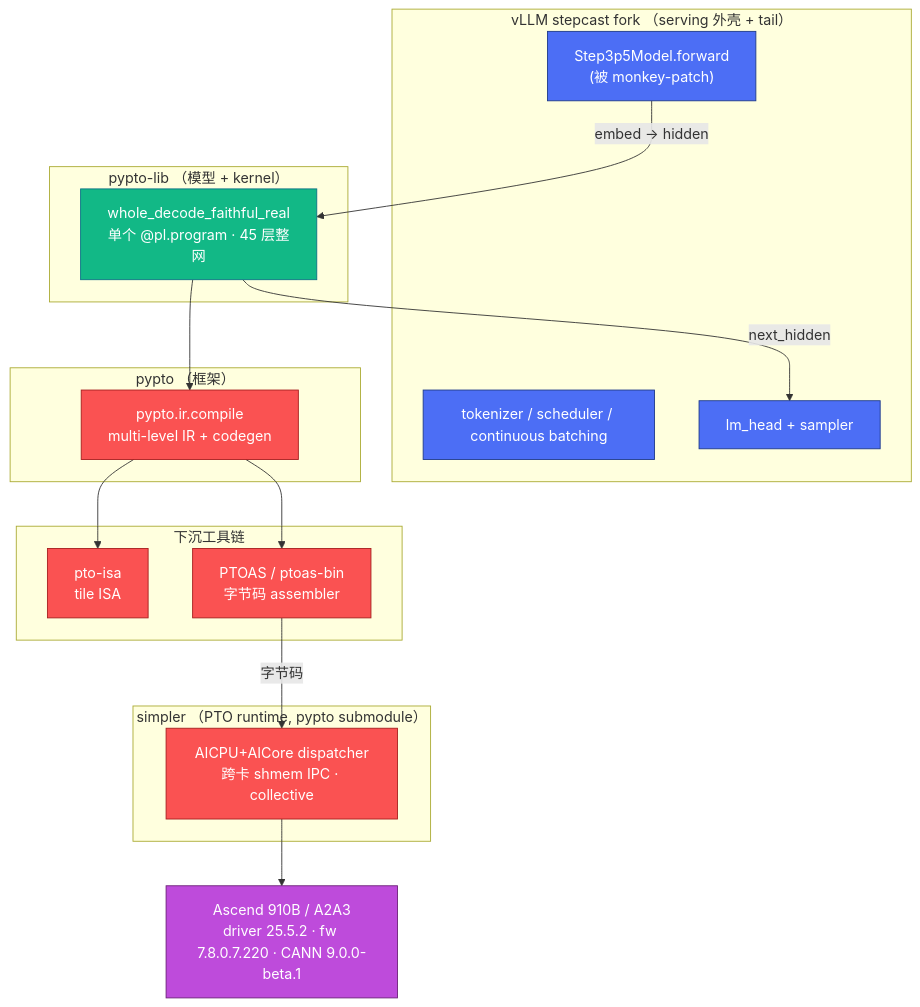
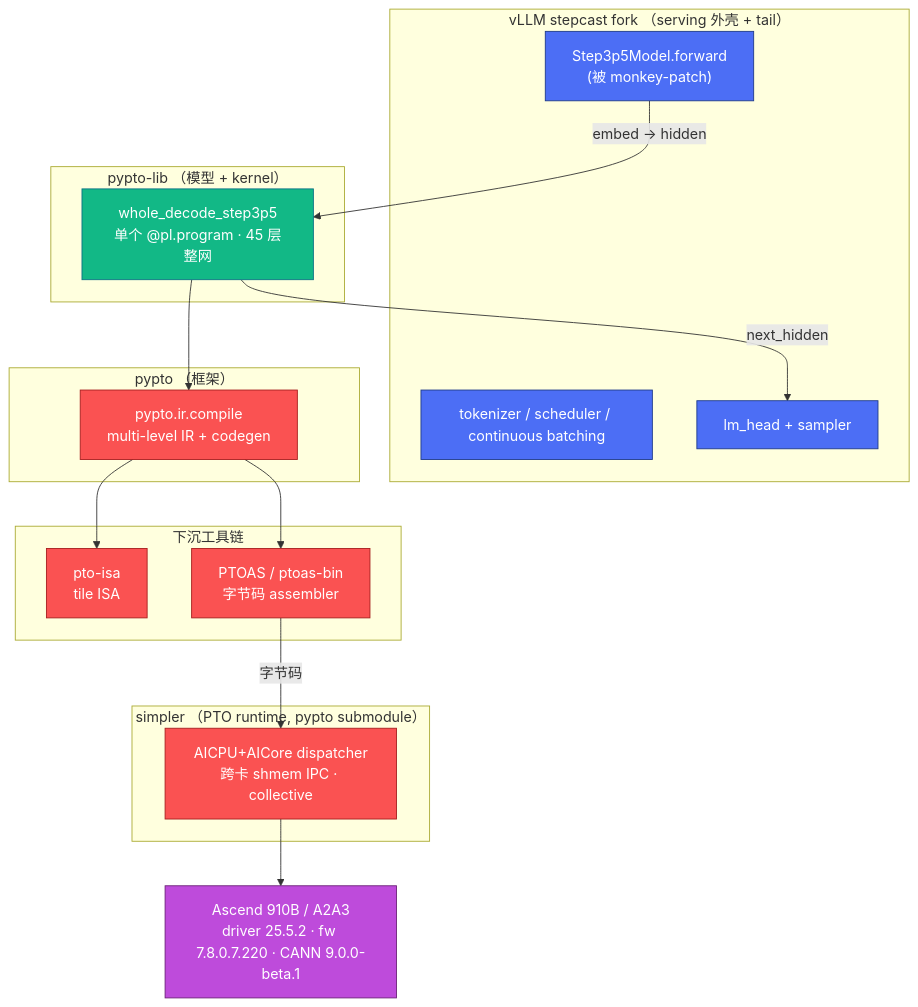
One commit to csy0225/pypto-project changed the diagram in design/00-context-and-goals.md. Above: the diagram before and after it, drawn with Mermaid. The commit also changed other lines of this file and 19 other files, not shown here.

````diff
--- a/design/00-context-and-goals.md
+++ b/design/00-context-and-goals.md
@@ -28,41 +28,41 @@
 ```mermaid
 graph TD
     subgraph SERVING["vLLM stepcast fork （serving 外壳 + tail）"]
         VE[tokenizer / scheduler / continuous batching]
         VF["Step3p5Model.forward<br/>(被 monkey-patch)"]
         VT[lm_head + sampler]
     end
 
     subgraph MODEL["pypto-lib （模型 + kernel）"]
-        WN["whole_decode_faithful_real<br/>单个 @pl.program · 45 层整网"]
+        WN["whole_decode_step3p5<br/>单个 @pl.program · 45 层整网"]
     end
 
     subgraph FRAME["pypto （框架）"]
         IR["pypto.ir.compile<br/>multi-level IR + codegen"]
     end
 
     subgraph LOWER["下沉工具链"]
         ISA["pto-isa<br/>tile ISA"]
         AS["PTOAS / ptoas-bin<br/>字节码 assembler"]
     end
 
     subgraph RT["simpler （PTO runtime, pypto submodule）"]
         RTD["AICPU+AICore dispatcher<br/>跨卡 shmem IPC · collective"]
     end
 
     HW["Ascend 910B / A2A3<br/>driver 25.5.2 · fw 7.8.0.7.220 · CANN 9.0.0-beta.1"]
 
     VF -->|"embed → hidden"| WN
     WN -->|"next_hidden"| VT
     WN --> IR
     IR --> ISA
     IR --> AS
     AS -->|字节码| RTD
     RTD --> HW
 
     classDef s fill:#4C6EF5,stroke:#1E3A8A,color:#fff;
     classDef m fill:#12B886,stroke:#0B7285,color:#fff;
     classDef f fill:#FA5252,stroke:#A61E1E,color:#fff;
     classDef h fill:#BE4BDB,stroke:#6B2178,color:#fff;
     class VE,VF,VT s; class WN m; class IR,ISA,AS,RTD f; class HW h;
 ```
````
